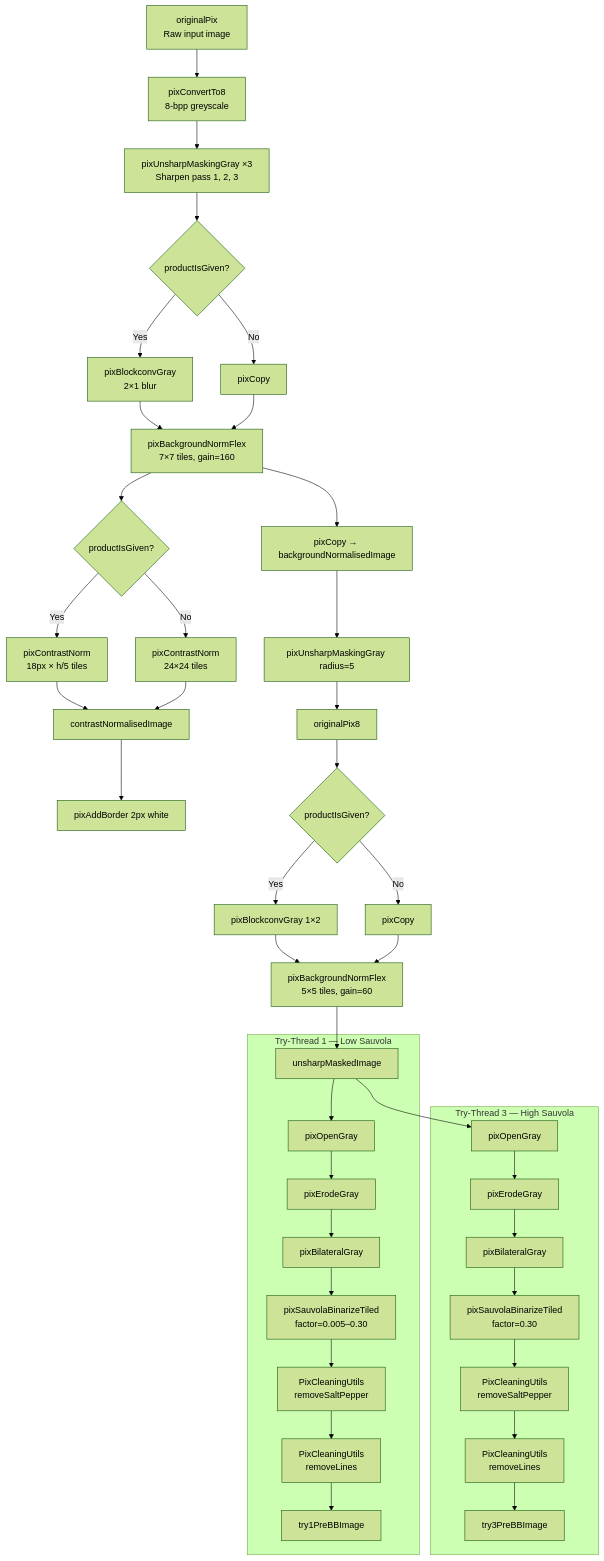
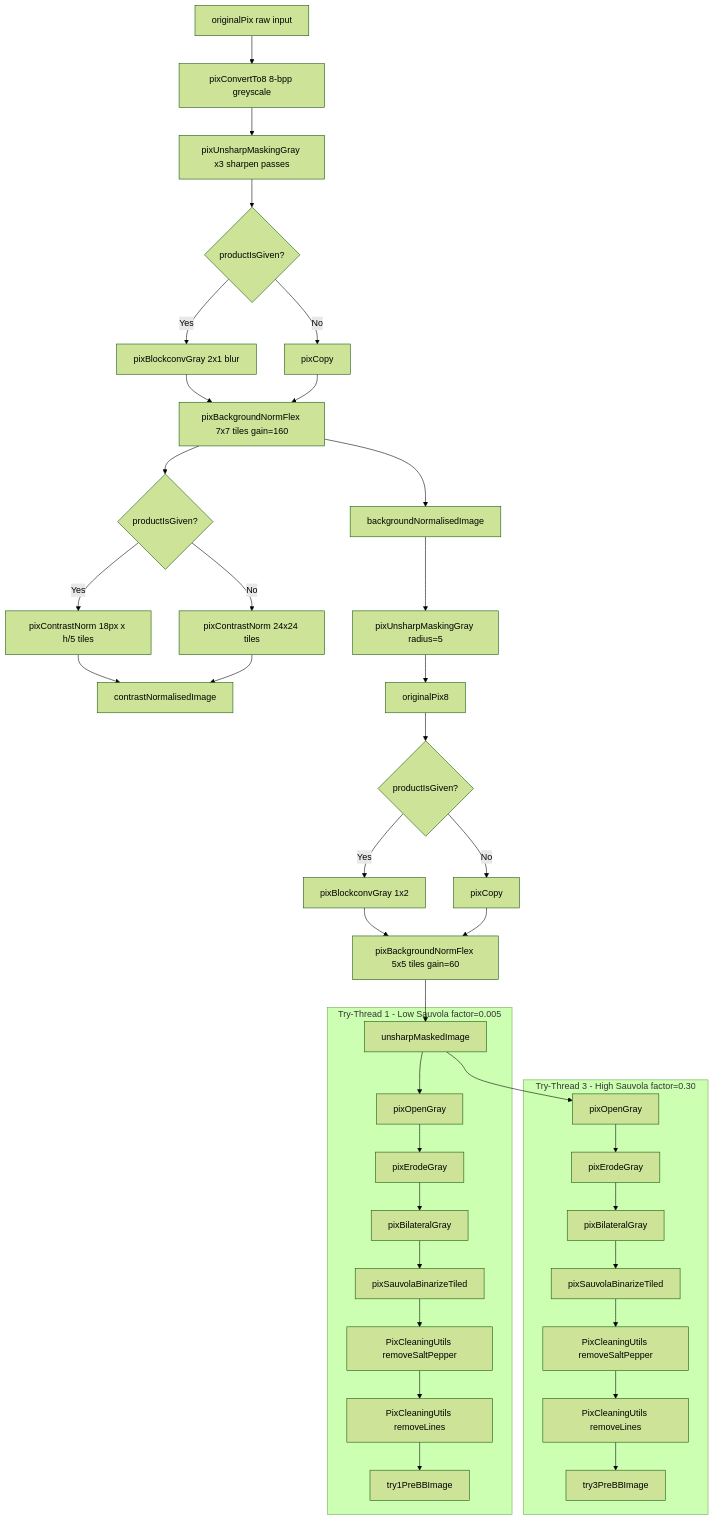
One commit to UBags/KitchenwarePackagingCompliance changed the seventh of 15 diagrams in ReadMe.md. Above: the diagram before and after it, drawn with Mermaid (forest theme). The commit also changed other lines of this file, not shown here.

````diff
--- a/ReadMe.md
+++ b/ReadMe.md
@@ -476,45 +416,44 @@
 ```mermaid
 flowchart TD
-    A[originalPix\nRaw input image] --> B[pixConvertTo8\n8-bpp greyscale]
-    B --> C[pixUnsharpMaskingGray ×3\nSharpen pass 1, 2, 3]
-    C --> D{productIsGiven?}
-    D -->|Yes| E[pixBlockconvGray\n2×1 blur]
-    D -->|No| F[pixCopy]
-    E --> G[pixBackgroundNormFlex\n7×7 tiles, gain=160]
+    A["originalPix raw input"] --> B["pixConvertTo8 8-bpp greyscale"]
+    B --> C["pixUnsharpMaskingGray x3 sharpen passes"]
+    C --> D{"productIsGiven?"}
+    D -->|"Yes"| E["pixBlockconvGray 2x1 blur"]
+    D -->|"No"| F["pixCopy"]
+    E --> G["pixBackgroundNormFlex 7x7 tiles gain=160"]
     F --> G
-    G --> H{productIsGiven?}
-    H -->|Yes| I[pixContrastNorm\n18px × h/5 tiles]
-    H -->|No| J[pixContrastNorm\n24×24 tiles]
-    I --> K[contrastNormalisedImage]
+    G --> H{"productIsGiven?"}
+    H -->|"Yes"| I["pixContrastNorm 18px x h/5 tiles"]
+    H -->|"No"| J["pixContrastNorm 24x24 tiles"]
+    I --> K["contrastNormalisedImage"]
     J --> K
-    K --> L[pixAddBorder 2px white]
-    G --> M[pixCopy → backgroundNormalisedImage]
-    M --> N[pixUnsharpMaskingGray radius=5]
-    N --> O[originalPix8]
-    O --> P{productIsGiven?}
-    P -->|Yes| Q[pixBlockconvGray 1×2]
-    P -->|No| R[pixCopy]
-    Q --> S[pixBackgroundNormFlex\n5×5 tiles, gain=60]
+    G --> M["backgroundNormalisedImage"]
+    M --> N["pixUnsharpMaskingGray radius=5"]
+    N --> O["originalPix8"]
+    O --> P{"productIsGiven?"}
+    P -->|"Yes"| Q["pixBlockconvGray 1x2"]
+    P -->|"No"| R["pixCopy"]
+    Q --> S["pixBackgroundNormFlex 5x5 tiles gain=60"]
     R --> S
-    S --> T[unsharpMaskedImage]
+    S --> T["unsharpMaskedImage"]
 
-    subgraph try1 [Try-Thread 1 — Low Sauvola]
-        T --> U1[pixOpenGray]
-        U1 --> V1[pixErodeGray]
-        V1 --> W1[pixBilateralGray]
-        W1 --> X1[pixSauvolaBinarizeTiled\nfactor=0.005–0.30]
-        X1 --> Y1[PixCleaningUtils\nremoveSaltPepper]
-        Y1 --> Z1[PixCleaningUtils\nremoveLines]
-        Z1 --> AA1[try1PreBBImage]
+    subgraph try1 ["Try-Thread 1 - Low Sauvola factor=0.005"]
+        T --> U1["pixOpenGray"]
+        U1 --> V1["pixErodeGray"]
+        V1 --> W1["pixBilateralGray"]
+        W1 --> X1["pixSauvolaBinarizeTiled"]
+        X1 --> Y1["PixCleaningUtils removeSaltPepper"]
+        Y1 --> Z1["PixCleaningUtils removeLines"]
+        Z1 --> AA1["try1PreBBImage"]
     end
 
-    subgraph try3 [Try-Thread 3 — High Sauvola]
-        T --> U3[pixOpenGray]
-        U3 --> V3[pixErodeGray]
-        V3 --> W3[pixBilateralGray]
-        W3 --> X3[pixSauvolaBinarizeTiled\nfactor=0.30]
-        X3 --> Y3[PixCleaningUtils\nremoveSaltPepper]
-        Y3 --> Z3[PixCleaningUtils\nremoveLines]
-        Z3 --> AA3[try3PreBBImage]
+    subgraph try3 ["Try-Thread 3 - High Sauvola factor=0.30"]
+        T --> U3["pixOpenGray"]
+        U3 --> V3["pixErodeGray"]
+        V3 --> W3["pixBilateralGray"]
+        W3 --> X3["pixSauvolaBinarizeTiled"]
+        X3 --> Y3["PixCleaningUtils removeSaltPepper"]
+        Y3 --> Z3["PixCleaningUtils removeLines"]
+        Z3 --> AA3["try3PreBBImage"]
     end
 ```
````
